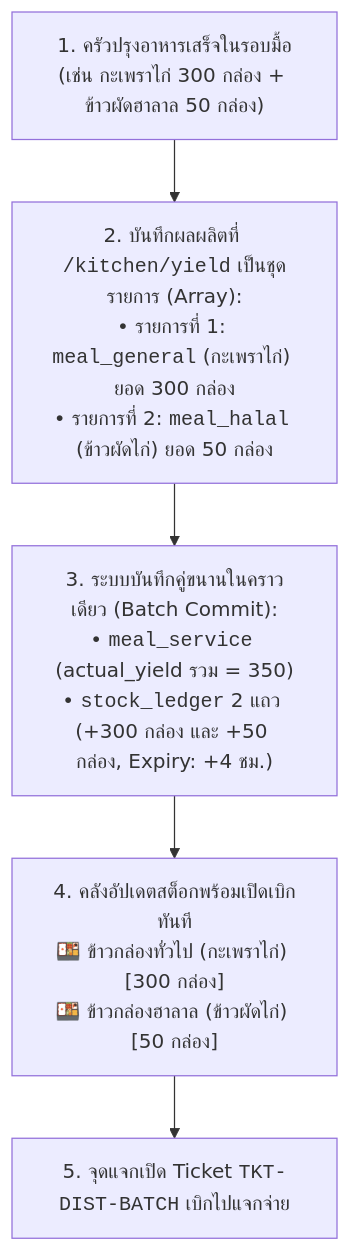
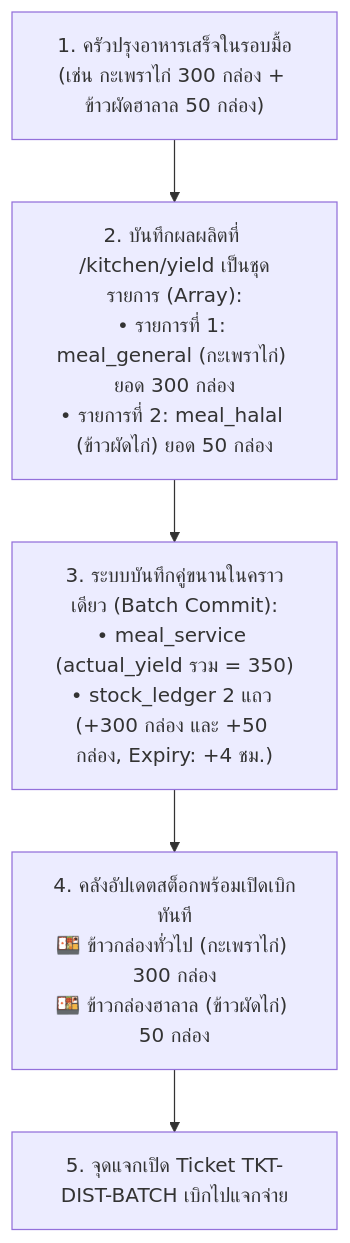
Before and after one commit to r202-coe-psu/tent: the second of 6 diagrams in SPEC_TICKET_AND_DISTRIBUTION.md, drawn with Mermaid. The commit also changed other lines of this file, not shown here.

Commit message:
feat: update ticket distribution documentation

````diff
--- a/SPEC_TICKET_AND_DISTRIBUTION.md
+++ b/SPEC_TICKET_AND_DISTRIBUTION.md
@@ -135,7 +150,7 @@
 ```mermaid
 flowchart TD
-    K1["1. ครัวปรุงอาหารเสร็จในรอบมื้อ<br/>(เช่น กะเพราไก่ 300 กล่อง + ข้าวผัดฮาลาล 50 กล่อง)"] --> K2["2. บันทึกผลผลิตที่ <code>/kitchen/yield</code> เป็นชุดรายการ (Array):<br/>• รายการที่ 1: <code>meal_general</code> (กะเพราไก่) ยอด 300 กล่อง<br/>• รายการที่ 2: <code>meal_halal</code> (ข้าวผัดไก่) ยอด 50 กล่อง"]
-    K2 --> T1["3. ระบบบันทึกคู่ขนานในคราวเดียว (Batch Commit):<br/>• <code>meal_service</code> (actual_yield รวม = 350)<br/>• <code>stock_ledger</code> 2 แถว (+300 กล่อง และ +50 กล่อง, Expiry: +4 ชม.)"]
-    T1 --> W1["4. คลังอัปเดตสต็อกพร้อมเปิดเบิกทันที<br/>🍱 ข้าวกล่องทั่วไป (กะเพราไก่) [300 กล่อง]<br/>🍱 ข้าวกล่องฮาลาล (ข้าวผัดไก่) [50 กล่อง]"]
-    W1 --> D1["5. จุดแจกเปิด Ticket <code>TKT-DIST-BATCH</code> เบิกไปแจกจ่าย"]
+    K1["1. ครัวปรุงอาหารเสร็จในรอบมื้อ<br/>(เช่น กะเพราไก่ 300 กล่อง + ข้าวผัดฮาลาล 50 กล่อง)"] --> K2["2. บันทึกผลผลิตที่ /kitchen/yield เป็นชุดรายการ (Array):<br/>• รายการที่ 1: meal_general (กะเพราไก่) ยอด 300 กล่อง<br/>• รายการที่ 2: meal_halal (ข้าวผัดไก่) ยอด 50 กล่อง"]
+    K2 --> T1["3. ระบบบันทึกคู่ขนานในคราวเดียว (Batch Commit):<br/>• meal_service (actual_yield รวม = 350)<br/>• stock_ledger 2 แถว (+300 กล่อง และ +50 กล่อง, Expiry: +4 ชม.)"]
+    T1 --> W1["4. คลังอัปเดตสต็อกพร้อมเปิดเบิกทันที<br/>🍱 ข้าวกล่องทั่วไป (กะเพราไก่) 300 กล่อง<br/>🍱 ข้าวกล่องฮาลาล (ข้าวผัดไก่) 50 กล่อง"]
+    W1 --> D1["5. จุดแจกเปิด Ticket TKT-DIST-BATCH เบิกไปแจกจ่าย"]
 ```
````
